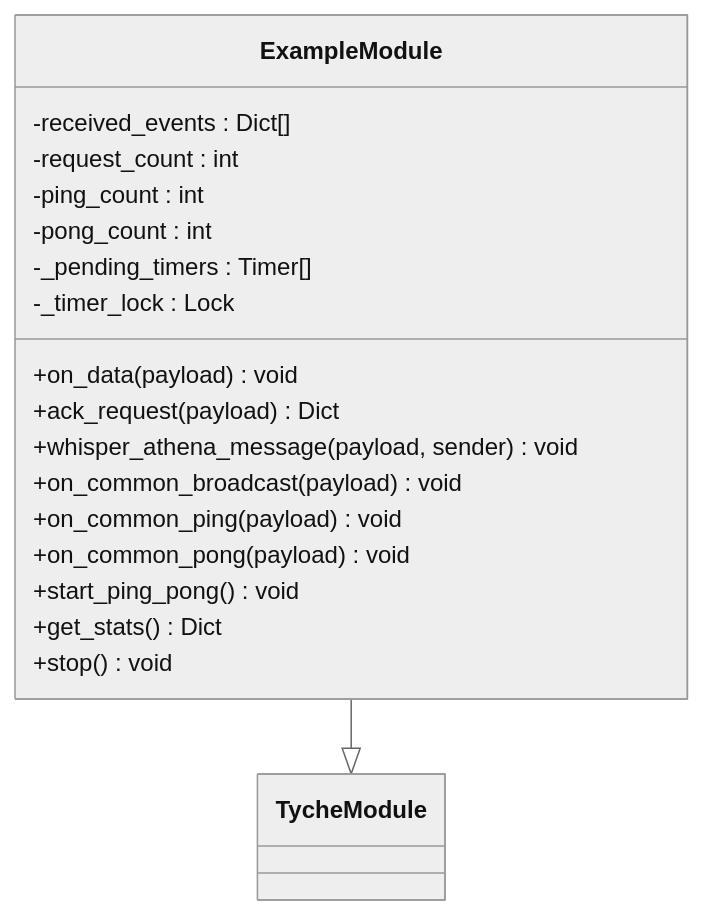
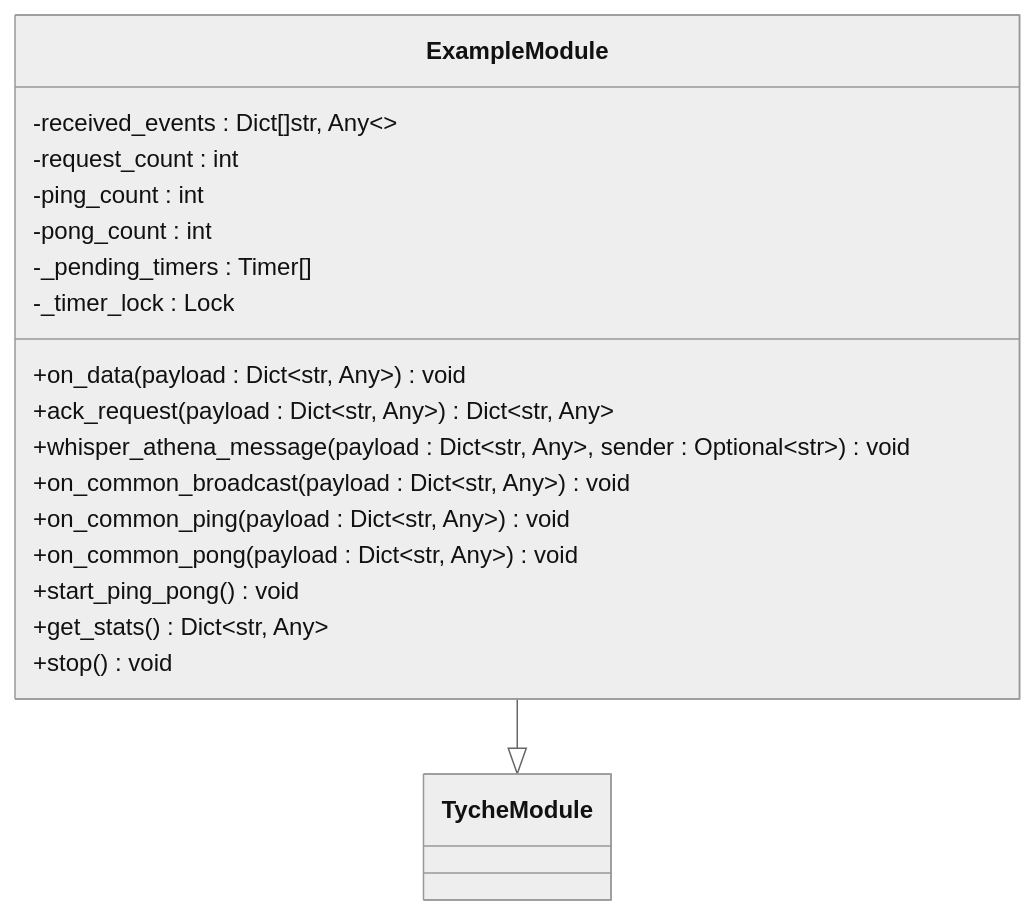
Before and after one commit to zt281/TycheEngine: the eighth of 9 diagrams in .qoder/repowiki/en/content/API Reference/TycheModule API.md, drawn with Mermaid (neutral theme). The commit also changed other lines of this file and 5 other files, not shown here.

````diff
--- a/.qoder/repowiki/en/content/API Reference/TycheModule API.md
+++ b/.qoder/repowiki/en/content/API Reference/TycheModule API.md
@@ -438,21 +506,21 @@
 ```mermaid
 classDiagram
 class ExampleModule {
--received_events : Dict[]
+-received_events : Dict[]str, Any~~
 -request_count : int
 -ping_count : int
 -pong_count : int
 -_pending_timers : Timer[]
 -_timer_lock : Lock
-+on_data(payload) void
-+ack_request(payload) Dict
-+whisper_athena_message(payload, sender) void
-+on_common_broadcast(payload) void
-+on_common_ping(payload) void
-+on_common_pong(payload) void
++on_data(payload : Dict~str, Any~) void
++ack_request(payload : Dict~str, Any~) Dict~str, Any~
++whisper_athena_message(payload : Dict~str, Any~, sender : Optional~str~) void
++on_common_broadcast(payload : Dict~str, Any~) void
++on_common_ping(payload : Dict~str, Any~) void
++on_common_pong(payload : Dict~str, Any~) void
 +start_ping_pong() void
-+get_stats() Dict
++get_stats() Dict~str, Any~
 +stop() void
 }
 ExampleModule --|> TycheModule
 ```
````
